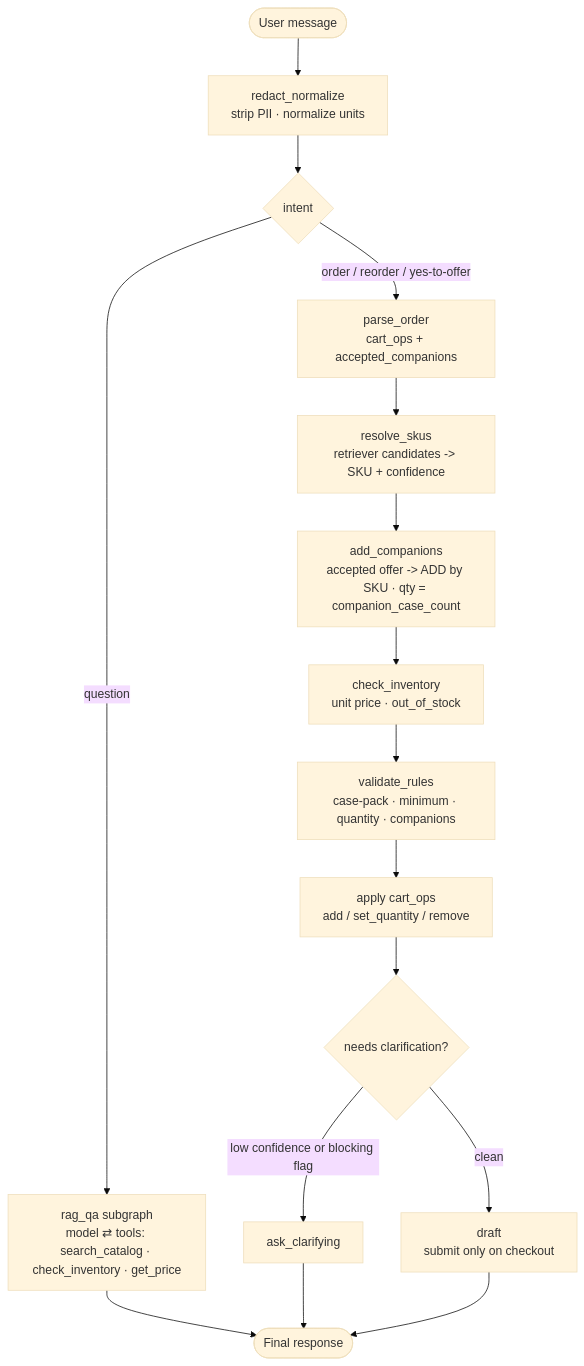
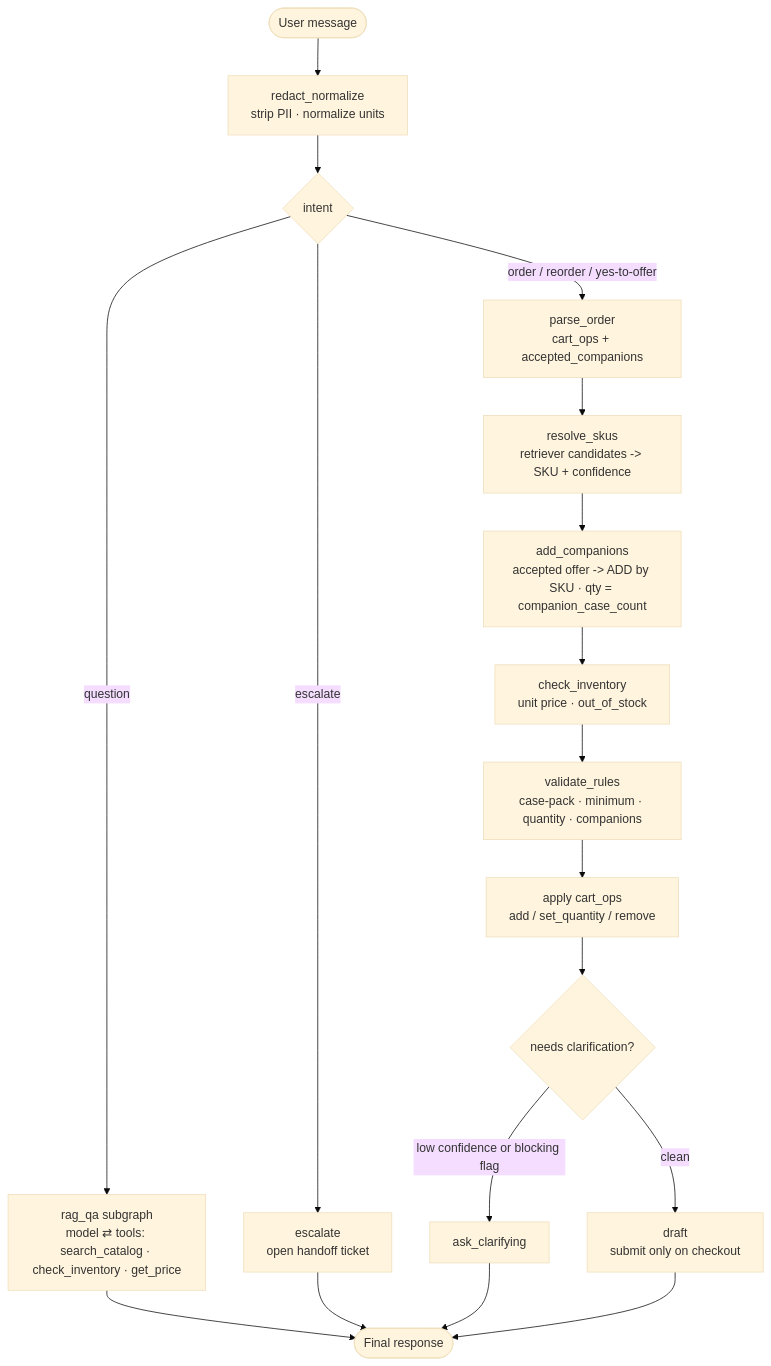
The diagram in README.md (caige13/wholesale-agent), drawn with Mermaid (base theme) before and after one commit. The commit also changed other lines of this file and 16 other files, not shown here.

First line of the commit message:
chore: tidy docs/comments/names, add escalation to the graph diagram, and sharpen order parsing

````diff
--- a/README.md
+++ b/README.md
@@ -87,18 +87,20 @@
 ```mermaid
 graph TD
     START([User message]) --> redact[redact_normalize<br/>strip PII · normalize units]
     redact --> intent{intent}
     intent -->|question| ragqa[rag_qa subgraph<br/>model ⇄ tools: search_catalog · check_inventory · get_price]
+    intent -->|escalate| escalate[escalate<br/>open handoff ticket]
     intent -->|order / reorder / yes-to-offer| parse[parse_order<br/>cart_ops + accepted_companions]
     parse --> resolve[resolve_skus<br/>retriever candidates -> SKU + confidence]
     resolve --> companions[add_companions<br/>accepted offer -> ADD by SKU · qty = companion_case_count]
     companions --> inv[check_inventory<br/>unit price · out_of_stock]
     inv --> validate[validate_rules<br/>case-pack · minimum · quantity · companions]
     validate --> apply[apply cart_ops<br/>add / set_quantity / remove]
     apply --> gate{needs clarification?}
     gate -->|low confidence or blocking flag| clarify[ask_clarifying]
     gate -->|clean| draft[draft<br/>submit only on checkout]
     ragqa --> done([Final response])
+    escalate --> done
     clarify --> done
     draft --> done
 ```
````
